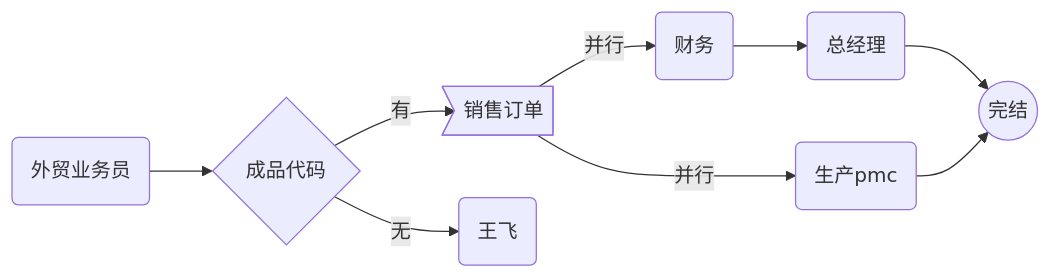
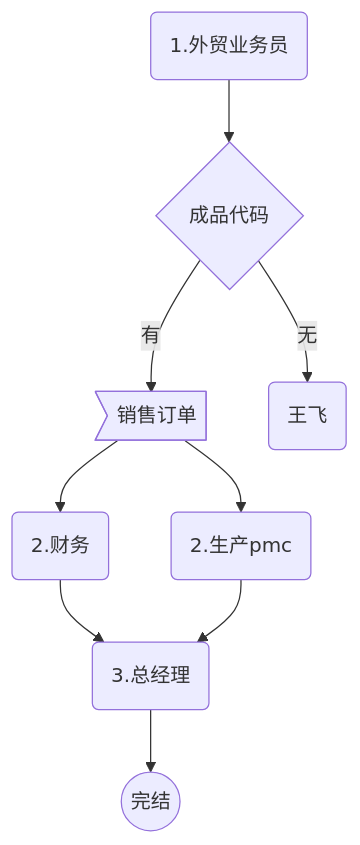
Before and after one commit to jack2nb/Files: the first of 2 diagrams in src/erp/订单-评审流程流程梳理.md, drawn with Mermaid. The commit also changed other lines of this file and 3 other files, not shown here.

````diff
--- a/src/erp/订单-评审流程流程梳理.md
+++ b/src/erp/订单-评审流程流程梳理.md
@@ -9,20 +9,20 @@
 ```mermaid
-graph LR;
+graph TB;
 
-sell(外贸业务员)
-pmc(生产pmc)
-acc(财务)
-ceo(总经理)
+sell(1.外贸业务员)
+pmc(2.生产pmc)
+acc(2.财务)
+ceo(3.总经理)
 e((完结))
 code{成品代码}
 bill>销售订单]
 bom(王飞)
 sell -->code --有-->bill
 code --无-->bom
-bill  --并行--> pmc ;
-bill  --并行-->  acc  --> ceo;
+bill  --> pmc ;
+bill  -->  acc  --> ceo;
 ceo -->e;
-pmc -->e;
+pmc -->ceo;
 
  
 ```
````
